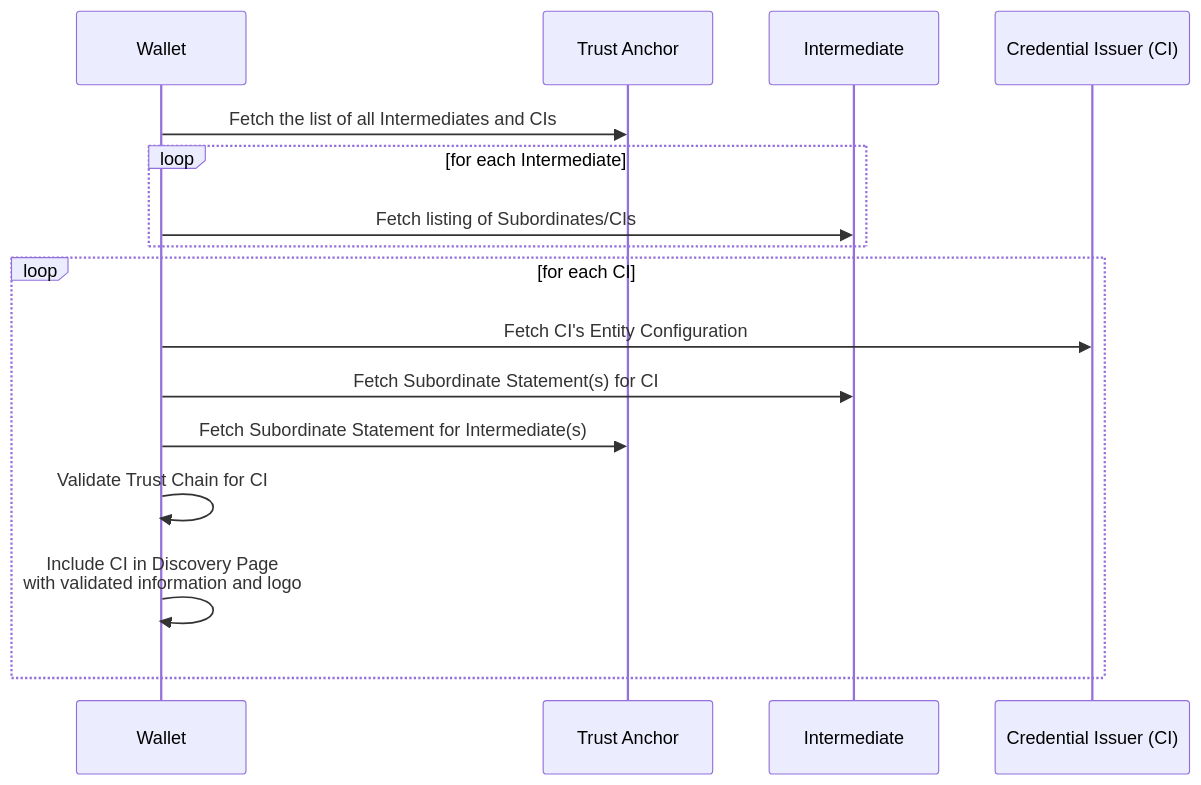
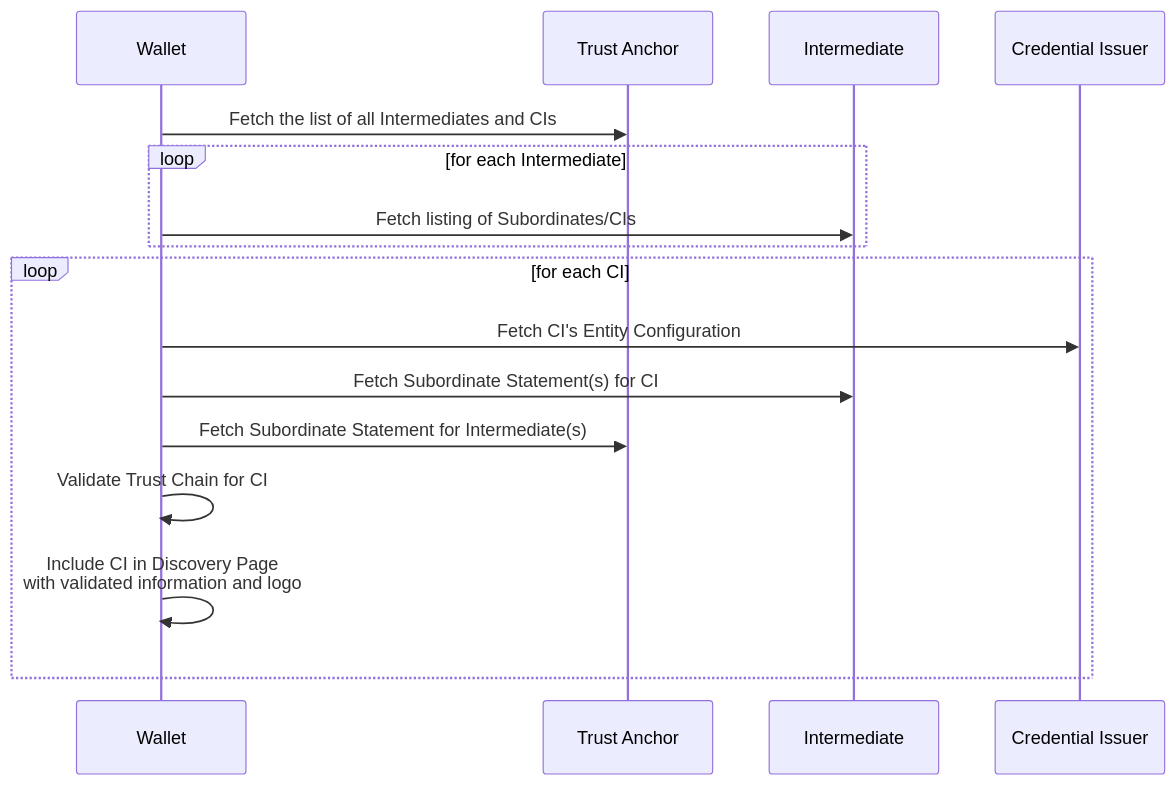
The first of 3 diagrams in openid-federation-wallet-1_0.md (peppelinux/federation-wallet), drawn with Mermaid before and after one commit. The commit also changed other lines of this file, not shown here.

Commit message:
Rename openid_wallet_relying_party to openid_credential_verifier

`````diff
--- a/openid-federation-wallet-1_0.md
+++ b/openid-federation-wallet-1_0.md
@@ -348,19 +348,19 @@
 ````mermaid
 sequenceDiagram
     participant Wallet
     participant TA as Trust Anchor
     participant IM as Intermediate
-    participant CI as Credential Issuer (CI)
+    participant CI as Credential Issuer
 
     Wallet->>TA: Fetch the list of all Intermediates and CIs
     loop for each Intermediate
         Wallet->>IM: Fetch listing of Subordinates/CIs
     end
     loop for each CI
         Wallet->>CI: Fetch CI's Entity Configuration
         Wallet->>IM: Fetch Subordinate Statement(s) for CI
         Wallet->>TA: Fetch Subordinate Statement for Intermediate(s)
         Wallet->>Wallet: Validate Trust Chain for CI
         Wallet->>Wallet: Include CI in Discovery Page<br/>with validated information and logo
     end
 ````
`````
